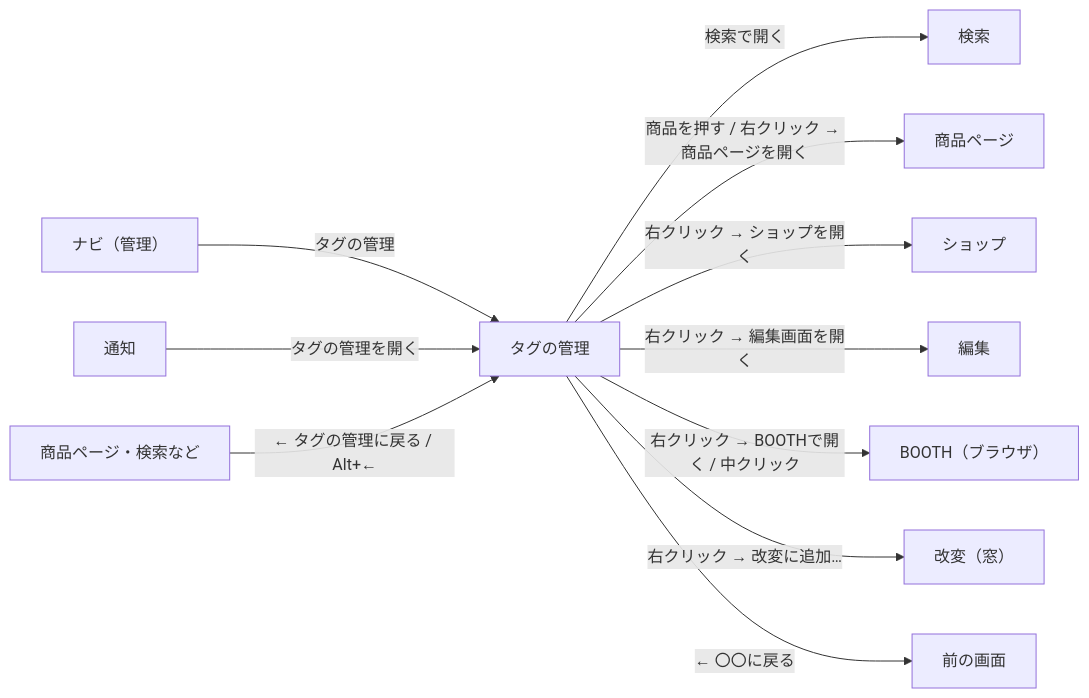
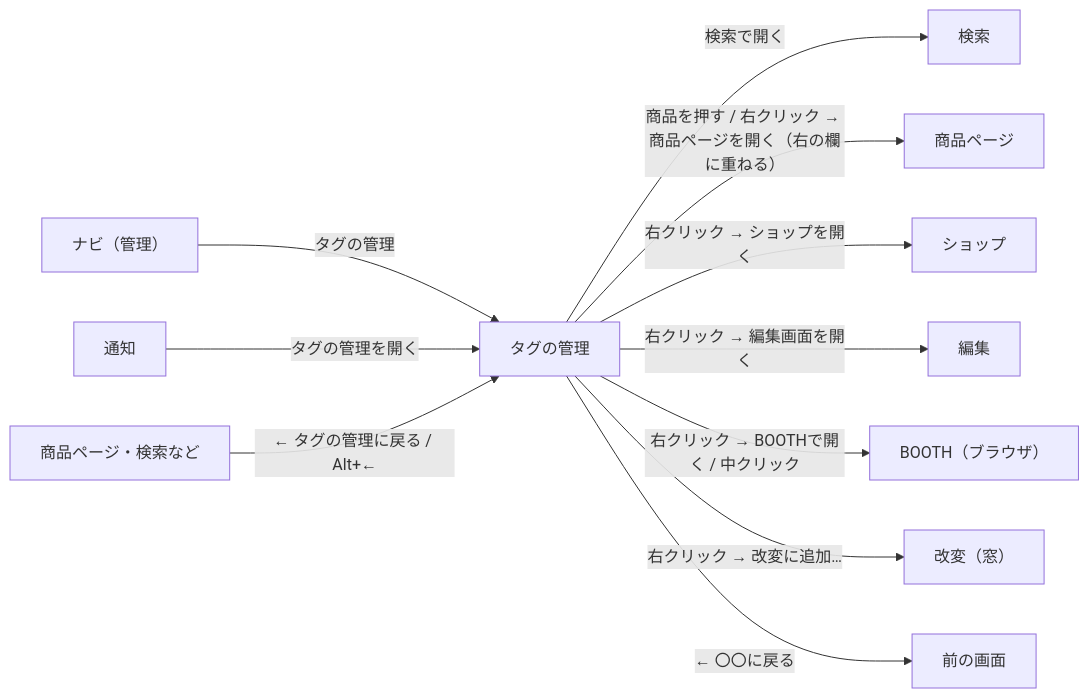
The diagram in docs/dev/ui-paths/tags.md (kumo-mayu/chmonos), drawn with Mermaid before and after one commit. The commit also changed other lines of this file and 24 other files, not shown here.

````diff
--- a/docs/dev/ui-paths/tags.md
+++ b/docs/dev/ui-paths/tags.md
@@ -89,13 +89,13 @@
 ```mermaid
 flowchart LR
   Nav["ナビ（管理）"] -->|"タグの管理"| T["タグの管理"]
   Inbox["通知"] -->|"タグの管理を開く"| T
   Other["商品ページ・検索など"] -->|"← タグの管理に戻る / Alt+←"| T
   T -->|"検索で開く"| S["検索"]
-  T -->|"商品を押す / 右クリック → 商品ページを開く"| P["商品ページ"]
+  T -->|"商品を押す / 右クリック → 商品ページを開く（右の欄に重ねる）"| P["商品ページ"]
   T -->|"右クリック → ショップを開く"| Sh["ショップ"]
   T -->|"右クリック → 編集画面を開く"| E["編集"]
   T -->|"右クリック → BOOTHで開く / 中クリック"| B["BOOTH（ブラウザ）"]
   T -->|"右クリック → 改変に追加…"| M["改変（窓）"]
   T -->|"← 〇〇に戻る"| Prev["前の画面"]
 ```
````
